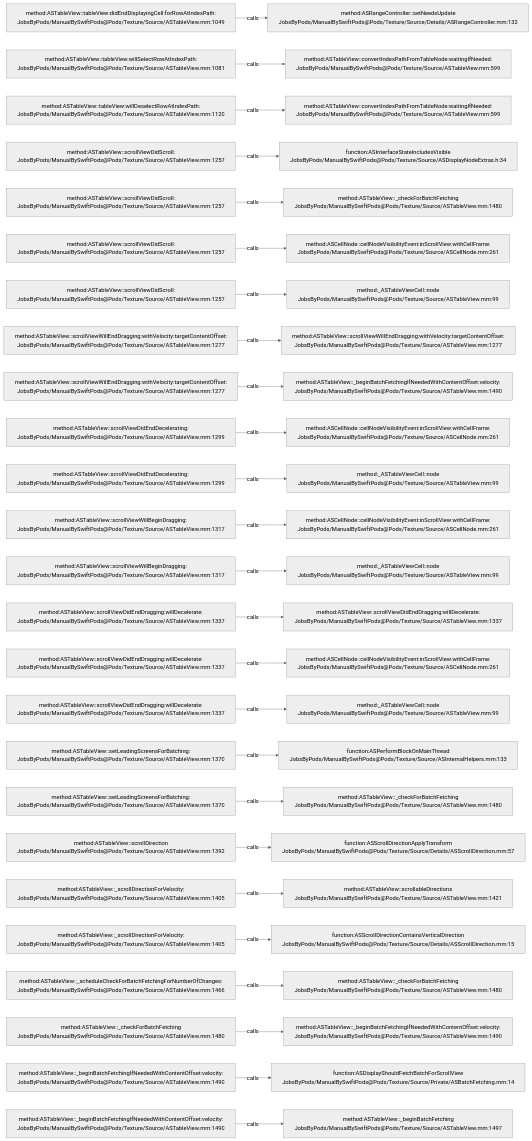
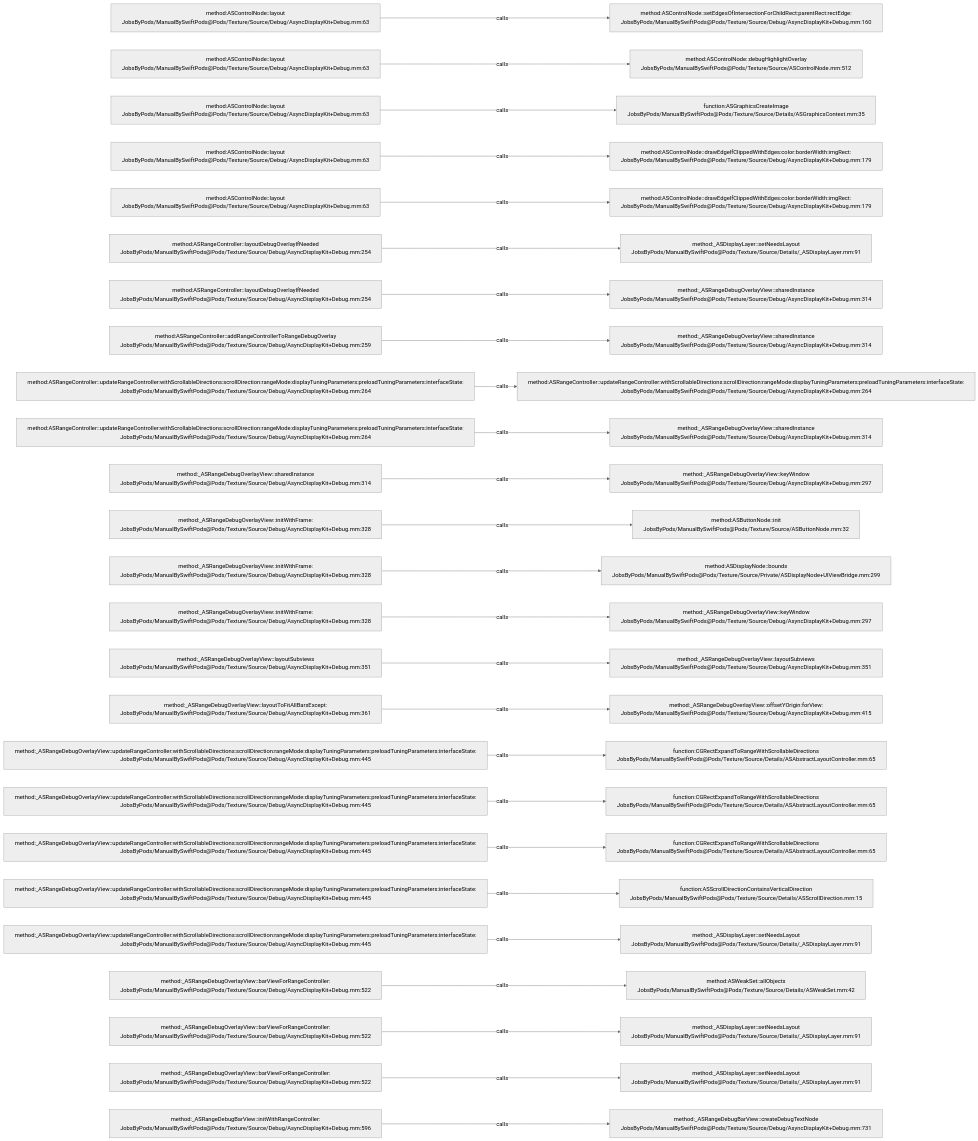
Before and after one commit to JobsKits/JobsSwiftBaseConfigDemo: the diagram in .codegraph/codegraph.md/graphs/calls-080.md, drawn with Mermaid (neutral theme). The commit also changed 832 other files, not shown here.

````diff
--- a/.codegraph/codegraph.md/graphs/calls-080.md
+++ b/.codegraph/codegraph.md/graphs/calls-080.md
@@ -13,78 +13,78 @@
 ```mermaid
 flowchart LR
-  S1["method:ASTableView::tableView:didEndDisplayingCell:forRowAtIndexPath:<br/>JobsByPods/ManualBySwiftPods@Pods/Texture/Source/ASTableView.mm:1049"]
-  T1["method:ASRangeController::setNeedsUpdate<br/>JobsByPods/ManualBySwiftPods@Pods/Texture/Source/Details/ASRangeController.mm:132"]
+  S1["method:ASControlNode::layout<br/>JobsByPods/ManualBySwiftPods@Pods/Texture/Source/Debug/AsyncDisplayKit+Debug.mm:63"]
+  T1["method:ASControlNode::setEdgesOfIntersectionForChildRect:parentRect:rectEdge:<br/>JobsByPods/ManualBySwiftPods@Pods/Texture/Source/Debug/AsyncDisplayKit+Debug.mm:160"]
   S1 -->|calls| T1
-  S2["method:ASTableView::tableView:willSelectRowAtIndexPath:<br/>JobsByPods/ManualBySwiftPods@Pods/Texture/Source/ASTableView.mm:1081"]
-  T2["method:ASTableView::convertIndexPathFromTableNode:waitingIfNeeded:<br/>JobsByPods/ManualBySwiftPods@Pods/Texture/Source/ASTableView.mm:599"]
+  S2["method:ASControlNode::layout<br/>JobsByPods/ManualBySwiftPods@Pods/Texture/Source/Debug/AsyncDisplayKit+Debug.mm:63"]
+  T2["method:ASControlNode::debugHighlightOverlay<br/>JobsByPods/ManualBySwiftPods@Pods/Texture/Source/ASControlNode.mm:512"]
   S2 -->|calls| T2
-  S3["method:ASTableView::tableView:willDeselectRowAtIndexPath:<br/>JobsByPods/ManualBySwiftPods@Pods/Texture/Source/ASTableView.mm:1120"]
-  T3["method:ASTableView::convertIndexPathFromTableNode:waitingIfNeeded:<br/>JobsByPods/ManualBySwiftPods@Pods/Texture/Source/ASTableView.mm:599"]
+  S3["method:ASControlNode::layout<br/>JobsByPods/ManualBySwiftPods@Pods/Texture/Source/Debug/AsyncDisplayKit+Debug.mm:63"]
+  T3["function:ASGraphicsCreateImage<br/>JobsByPods/ManualBySwiftPods@Pods/Texture/Source/Details/ASGraphicsContext.mm:35"]
   S3 -->|calls| T3
-  S4["method:ASTableView::scrollViewDidScroll:<br/>JobsByPods/ManualBySwiftPods@Pods/Texture/Source/ASTableView.mm:1257"]
-  T4["function:ASInterfaceStateIncludesVisible<br/>JobsByPods/ManualBySwiftPods@Pods/Texture/Source/ASDisplayNodeExtras.h:34"]
+  S4["method:ASControlNode::layout<br/>JobsByPods/ManualBySwiftPods@Pods/Texture/Source/Debug/AsyncDisplayKit+Debug.mm:63"]
+  T4["method:ASControlNode::drawEdgeIfClippedWithEdges:color:borderWidth:imgRect:<br/>JobsByPods/ManualBySwiftPods@Pods/Texture/Source/Debug/AsyncDisplayKit+Debug.mm:179"]
   S4 -->|calls| T4
-  S5["method:ASTableView::scrollViewDidScroll:<br/>JobsByPods/ManualBySwiftPods@Pods/Texture/Source/ASTableView.mm:1257"]
-  T5["method:ASTableView::_checkForBatchFetching<br/>JobsByPods/ManualBySwiftPods@Pods/Texture/Source/ASTableView.mm:1480"]
+  S5["method:ASControlNode::layout<br/>JobsByPods/ManualBySwiftPods@Pods/Texture/Source/Debug/AsyncDisplayKit+Debug.mm:63"]
+  T5["method:ASControlNode::drawEdgeIfClippedWithEdges:color:borderWidth:imgRect:<br/>JobsByPods/ManualBySwiftPods@Pods/Texture/Source/Debug/AsyncDisplayKit+Debug.mm:179"]
   S5 -->|calls| T5
-  S6["method:ASTableView::scrollViewDidScroll:<br/>JobsByPods/ManualBySwiftPods@Pods/Texture/Source/ASTableView.mm:1257"]
-  T6["method:ASCellNode::cellNodeVisibilityEvent:inScrollView:withCellFrame:<br/>JobsByPods/ManualBySwiftPods@Pods/Texture/Source/ASCellNode.mm:261"]
+  S6["method:ASRangeController::layoutDebugOverlayIfNeeded<br/>JobsByPods/ManualBySwiftPods@Pods/Texture/Source/Debug/AsyncDisplayKit+Debug.mm:254"]
+  T6["method:_ASDisplayLayer::setNeedsLayout<br/>JobsByPods/ManualBySwiftPods@Pods/Texture/Source/Details/_ASDisplayLayer.mm:91"]
   S6 -->|calls| T6
-  S7["method:ASTableView::scrollViewDidScroll:<br/>JobsByPods/ManualBySwiftPods@Pods/Texture/Source/ASTableView.mm:1257"]
-  T7["method:_ASTableViewCell::node<br/>JobsByPods/ManualBySwiftPods@Pods/Texture/Source/ASTableView.mm:99"]
+  S7["method:ASRangeController::layoutDebugOverlayIfNeeded<br/>JobsByPods/ManualBySwiftPods@Pods/Texture/Source/Debug/AsyncDisplayKit+Debug.mm:254"]
+  T7["method:_ASRangeDebugOverlayView::sharedInstance<br/>JobsByPods/ManualBySwiftPods@Pods/Texture/Source/Debug/AsyncDisplayKit+Debug.mm:314"]
   S7 -->|calls| T7
-  S8["method:ASTableView::scrollViewWillEndDragging:withVelocity:targetContentOffset:<br/>JobsByPods/ManualBySwiftPods@Pods/Texture/Source/ASTableView.mm:1277"]
-  T8["method:ASTableView::scrollViewWillEndDragging:withVelocity:targetContentOffset:<br/>JobsByPods/ManualBySwiftPods@Pods/Texture/Source/ASTableView.mm:1277"]
+  S8["method:ASRangeController::addRangeControllerToRangeDebugOverlay<br/>JobsByPods/ManualBySwiftPods@Pods/Texture/Source/Debug/AsyncDisplayKit+Debug.mm:259"]
+  T8["method:_ASRangeDebugOverlayView::sharedInstance<br/>JobsByPods/ManualBySwiftPods@Pods/Texture/Source/Debug/AsyncDisplayKit+Debug.mm:314"]
   S8 -->|calls| T8
-  S9["method:ASTableView::scrollViewWillEndDragging:withVelocity:targetContentOffset:<br/>JobsByPods/ManualBySwiftPods@Pods/Texture/Source/ASTableView.mm:1277"]
-  T9["method:ASTableView::_beginBatchFetchingIfNeededWithContentOffset:velocity:<br/>JobsByPods/ManualBySwiftPods@Pods/Texture/Source/ASTableView.mm:1490"]
+  S9["method:ASRangeController::updateRangeController:withScrollableDirections:scrollDirection:rangeMode:displayTuningParameters:preloadTuningParameters:interfaceState:<br/>JobsByPods/ManualBySwiftPods@Pods/Texture/Source/Debug/AsyncDisplayKit+Debug.mm:264"]
+  T9["method:ASRangeController::updateRangeController:withScrollableDirections:scrollDirection:rangeMode:displayTuningParameters:preloadTuningParameters:interfaceState:<br/>JobsByPods/ManualBySwiftPods@Pods/Texture/Source/Debug/AsyncDisplayKit+Debug.mm:264"]
   S9 -->|calls| T9
-  S10["method:ASTableView::scrollViewDidEndDecelerating:<br/>JobsByPods/ManualBySwiftPods@Pods/Texture/Source/ASTableView.mm:1299"]
-  T10["method:ASCellNode::cellNodeVisibilityEvent:inScrollView:withCellFrame:<br/>JobsByPods/ManualBySwiftPods@Pods/Texture/Source/ASCellNode.mm:261"]
+  S10["method:ASRangeController::updateRangeController:withScrollableDirections:scrollDirection:rangeMode:displayTuningParameters:preloadTuningParameters:interfaceState:<br/>JobsByPods/ManualBySwiftPods@Pods/Texture/Source/Debug/AsyncDisplayKit+Debug.mm:264"]
+  T10["method:_ASRangeDebugOverlayView::sharedInstance<br/>JobsByPods/ManualBySwiftPods@Pods/Texture/Source/Debug/AsyncDisplayKit+Debug.mm:314"]
   S10 -->|calls| T10
-  S11["method:ASTableView::scrollViewDidEndDecelerating:<br/>JobsByPods/ManualBySwiftPods@Pods/Texture/Source/ASTableView.mm:1299"]
-  T11["method:_ASTableViewCell::node<br/>JobsByPods/ManualBySwiftPods@Pods/Texture/Source/ASTableView.mm:99"]
+  S11["method:_ASRangeDebugOverlayView::sharedInstance<br/>JobsByPods/ManualBySwiftPods@Pods/Texture/Source/Debug/AsyncDisplayKit+Debug.mm:314"]
+  T11["method:_ASRangeDebugOverlayView::keyWindow<br/>JobsByPods/ManualBySwiftPods@Pods/Texture/Source/Debug/AsyncDisplayKit+Debug.mm:297"]
   S11 -->|calls| T11
-  S12["method:ASTableView::scrollViewWillBeginDragging:<br/>JobsByPods/ManualBySwiftPods@Pods/Texture/Source/ASTableView.mm:1317"]
-  T12["method:ASCellNode::cellNodeVisibilityEvent:inScrollView:withCellFrame:<br/>JobsByPods/ManualBySwiftPods@Pods/Texture/Source/ASCellNode.mm:261"]
+  S12["method:_ASRangeDebugOverlayView::initWithFrame:<br/>JobsByPods/ManualBySwiftPods@Pods/Texture/Source/Debug/AsyncDisplayKit+Debug.mm:328"]
+  T12["method:ASButtonNode::init<br/>JobsByPods/ManualBySwiftPods@Pods/Texture/Source/ASButtonNode.mm:32"]
   S12 -->|calls| T12
-  S13["method:ASTableView::scrollViewWillBeginDragging:<br/>JobsByPods/ManualBySwiftPods@Pods/Texture/Source/ASTableView.mm:1317"]
-  T13["method:_ASTableViewCell::node<br/>JobsByPods/ManualBySwiftPods@Pods/Texture/Source/ASTableView.mm:99"]
+  S13["method:_ASRangeDebugOverlayView::initWithFrame:<br/>JobsByPods/ManualBySwiftPods@Pods/Texture/Source/Debug/AsyncDisplayKit+Debug.mm:328"]
+  T13["method:ASDisplayNode::bounds<br/>JobsByPods/ManualBySwiftPods@Pods/Texture/Source/Private/ASDisplayNode+UIViewBridge.mm:299"]
   S13 -->|calls| T13
-  S14["method:ASTableView::scrollViewDidEndDragging:willDecelerate:<br/>JobsByPods/ManualBySwiftPods@Pods/Texture/Source/ASTableView.mm:1337"]
-  T14["method:ASTableView::scrollViewDidEndDragging:willDecelerate:<br/>JobsByPods/ManualBySwiftPods@Pods/Texture/Source/ASTableView.mm:1337"]
+  S14["method:_ASRangeDebugOverlayView::initWithFrame:<br/>JobsByPods/ManualBySwiftPods@Pods/Texture/Source/Debug/AsyncDisplayKit+Debug.mm:328"]
+  T14["method:_ASRangeDebugOverlayView::keyWindow<br/>JobsByPods/ManualBySwiftPods@Pods/Texture/Source/Debug/AsyncDisplayKit+Debug.mm:297"]
   S14 -->|calls| T14
-  S15["method:ASTableView::scrollViewDidEndDragging:willDecelerate:<br/>JobsByPods/ManualBySwiftPods@Pods/Texture/Source/ASTableView.mm:1337"]
-  T15["method:ASCellNode::cellNodeVisibilityEvent:inScrollView:withCellFrame:<br/>JobsByPods/ManualBySwiftPods@Pods/Texture/Source/ASCellNode.mm:261"]
+  S15["method:_ASRangeDebugOverlayView::layoutSubviews<br/>JobsByPods/ManualBySwiftPods@Pods/Texture/Source/Debug/AsyncDisplayKit+Debug.mm:351"]
+  T15["method:_ASRangeDebugOverlayView::layoutSubviews<br/>JobsByPods/ManualBySwiftPods@Pods/Texture/Source/Debug/AsyncDisplayKit+Debug.mm:351"]
   S15 -->|calls| T15
-  S16["method:ASTableView::scrollViewDidEndDragging:willDecelerate:<br/>JobsByPods/ManualBySwiftPods@Pods/Texture/Source/ASTableView.mm:1337"]
-  T16["method:_ASTableViewCell::node<br/>JobsByPods/ManualBySwiftPods@Pods/Texture/Source/ASTableView.mm:99"]
+  S16["method:_ASRangeDebugOverlayView::layoutToFitAllBarsExcept:<br/>JobsByPods/ManualBySwiftPods@Pods/Texture/Source/Debug/AsyncDisplayKit+Debug.mm:361"]
+  T16["method:_ASRangeDebugOverlayView::offsetYOrigin:forView:<br/>JobsByPods/ManualBySwiftPods@Pods/Texture/Source/Debug/AsyncDisplayKit+Debug.mm:415"]
   S16 -->|calls| T16
-  S17["method:ASTableView::setLeadingScreensForBatching:<br/>JobsByPods/ManualBySwiftPods@Pods/Texture/Source/ASTableView.mm:1370"]
-  T17["function:ASPerformBlockOnMainThread<br/>JobsByPods/ManualBySwiftPods@Pods/Texture/Source/ASInternalHelpers.mm:133"]
+  S17["method:_ASRangeDebugOverlayView::updateRangeController:withScrollableDirections:scrollDirection:rangeMode:displayTuningParameters:preloadTuningParameters:interfaceState:<br/>JobsByPods/ManualBySwiftPods@Pods/Texture/Source/Debug/AsyncDisplayKit+Debug.mm:445"]
+  T17["function:CGRectExpandToRangeWithScrollableDirections<br/>JobsByPods/ManualBySwiftPods@Pods/Texture/Source/Details/ASAbstractLayoutController.mm:65"]
   S17 -->|calls| T17
-  S18["method:ASTableView::setLeadingScreensForBatching:<br/>JobsByPods/ManualBySwiftPods@Pods/Texture/Source/ASTableView.mm:1370"]
-  T18["method:ASTableView::_checkForBatchFetching<br/>JobsByPods/ManualBySwiftPods@Pods/Texture/Source/ASTableView.mm:1480"]
+  S18["method:_ASRangeDebugOverlayView::updateRangeController:withScrollableDirections:scrollDirection:rangeMode:displayTuningParameters:preloadTuningParameters:interfaceState:<br/>JobsByPods/ManualBySwiftPods@Pods/Texture/Source/Debug/AsyncDisplayKit+Debug.mm:445"]
+  T18["function:CGRectExpandToRangeWithScrollableDirections<br/>JobsByPods/ManualBySwiftPods@Pods/Texture/Source/Details/ASAbstractLayoutController.mm:65"]
   S18 -->|calls| T18
-  S19["method:ASTableView::scrollDirection<br/>JobsByPods/ManualBySwiftPods@Pods/Texture/Source/ASTableView.mm:1392"]
-  T19["function:ASScrollDirectionApplyTransform<br/>JobsByPods/ManualBySwiftPods@Pods/Texture/Source/Details/ASScrollDirection.mm:57"]
+  S19["method:_ASRangeDebugOverlayView::updateRangeController:withScrollableDirections:scrollDirection:rangeMode:displayTuningParameters:preloadTuningParameters:interfaceState:<br/>JobsByPods/ManualBySwiftPods@Pods/Texture/Source/Debug/AsyncDisplayKit+Debug.mm:445"]
+  T19["function:CGRectExpandToRangeWithScrollableDirections<br/>JobsByPods/ManualBySwiftPods@Pods/Texture/Source/Details/ASAbstractLayoutController.mm:65"]
   S19 -->|calls| T19
-  S20["method:ASTableView::_scrollDirectionForVelocity:<br/>JobsByPods/ManualBySwiftPods@Pods/Texture/Source/ASTableView.mm:1405"]
-  T20["method:ASTableView::scrollableDirections<br/>JobsByPods/ManualBySwiftPods@Pods/Texture/Source/ASTableView.mm:1421"]
+  S20["method:_ASRangeDebugOverlayView::updateRangeController:withScrollableDirections:scrollDirection:rangeMode:displayTuningParameters:preloadTuningParameters:interfaceState:<br/>JobsByPods/ManualBySwiftPods@Pods/Texture/Source/Debug/AsyncDisplayKit+Debug.mm:445"]
+  T20["function:ASScrollDirectionContainsVerticalDirection<br/>JobsByPods/ManualBySwiftPods@Pods/Texture/Source/Details/ASScrollDirection.mm:15"]
   S20 -->|calls| T20
-  S21["method:ASTableView::_scrollDirectionForVelocity:<br/>JobsByPods/ManualBySwiftPods@Pods/Texture/Source/ASTableView.mm:1405"]
-  T21["function:ASScrollDirectionContainsVerticalDirection<br/>JobsByPods/ManualBySwiftPods@Pods/Texture/Source/Details/ASScrollDirection.mm:15"]
+  S21["method:_ASRangeDebugOverlayView::updateRangeController:withScrollableDirections:scrollDirection:rangeMode:displayTuningParameters:preloadTuningParameters:interfaceState:<br/>JobsByPods/ManualBySwiftPods@Pods/Texture/Source/Debug/AsyncDisplayKit+Debug.mm:445"]
+  T21["method:_ASDisplayLayer::setNeedsLayout<br/>JobsByPods/ManualBySwiftPods@Pods/Texture/Source/Details/_ASDisplayLayer.mm:91"]
   S21 -->|calls| T21
-  S22["method:ASTableView::_scheduleCheckForBatchFetchingForNumberOfChanges:<br/>JobsByPods/ManualBySwiftPods@Pods/Texture/Source/ASTableView.mm:1466"]
-  T22["method:ASTableView::_checkForBatchFetching<br/>JobsByPods/ManualBySwiftPods@Pods/Texture/Source/ASTableView.mm:1480"]
+  S22["method:_ASRangeDebugOverlayView::barViewForRangeController:<br/>JobsByPods/ManualBySwiftPods@Pods/Texture/Source/Debug/AsyncDisplayKit+Debug.mm:522"]
+  T22["method:ASWeakSet::allObjects<br/>JobsByPods/ManualBySwiftPods@Pods/Texture/Source/Details/ASWeakSet.mm:42"]
   S22 -->|calls| T22
-  S23["method:ASTableView::_checkForBatchFetching<br/>JobsByPods/ManualBySwiftPods@Pods/Texture/Source/ASTableView.mm:1480"]
-  T23["method:ASTableView::_beginBatchFetchingIfNeededWithContentOffset:velocity:<br/>JobsByPods/ManualBySwiftPods@Pods/Texture/Source/ASTableView.mm:1490"]
+  S23["method:_ASRangeDebugOverlayView::barViewForRangeController:<br/>JobsByPods/ManualBySwiftPods@Pods/Texture/Source/Debug/AsyncDisplayKit+Debug.mm:522"]
+  T23["method:_ASDisplayLayer::setNeedsLayout<br/>JobsByPods/ManualBySwiftPods@Pods/Texture/Source/Details/_ASDisplayLayer.mm:91"]
   S23 -->|calls| T23
-  S24["method:ASTableView::_beginBatchFetchingIfNeededWithContentOffset:velocity:<br/>JobsByPods/ManualBySwiftPods@Pods/Texture/Source/ASTableView.mm:1490"]
-  T24["function:ASDisplayShouldFetchBatchForScrollView<br/>JobsByPods/ManualBySwiftPods@Pods/Texture/Source/Private/ASBatchFetching.mm:14"]
+  S24["method:_ASRangeDebugOverlayView::barViewForRangeController:<br/>JobsByPods/ManualBySwiftPods@Pods/Texture/Source/Debug/AsyncDisplayKit+Debug.mm:522"]
+  T24["method:_ASDisplayLayer::setNeedsLayout<br/>JobsByPods/ManualBySwiftPods@Pods/Texture/Source/Details/_ASDisplayLayer.mm:91"]
   S24 -->|calls| T24
-  S25["method:ASTableView::_beginBatchFetchingIfNeededWithContentOffset:velocity:<br/>JobsByPods/ManualBySwiftPods@Pods/Texture/Source/ASTableView.mm:1490"]
-  T25["method:ASTableView::_beginBatchFetching<br/>JobsByPods/ManualBySwiftPods@Pods/Texture/Source/ASTableView.mm:1497"]
+  S25["method:_ASRangeDebugBarView::initWithRangeController:<br/>JobsByPods/ManualBySwiftPods@Pods/Texture/Source/Debug/AsyncDisplayKit+Debug.mm:596"]
+  T25["method:_ASRangeDebugBarView::createDebugTextNode<br/>JobsByPods/ManualBySwiftPods@Pods/Texture/Source/Debug/AsyncDisplayKit+Debug.mm:731"]
   S25 -->|calls| T25
 ```
````
